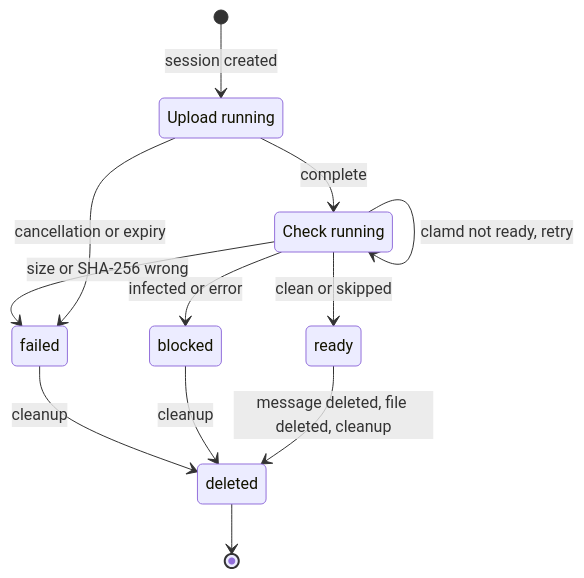
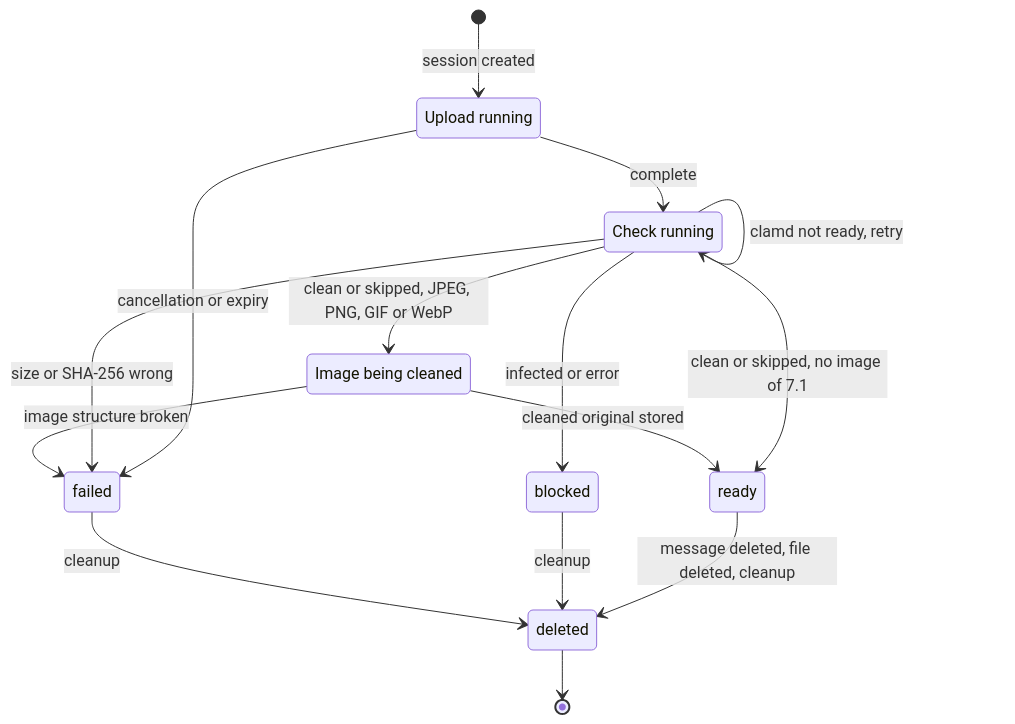
The first of 2 diagrams in docs/spec/12-files.md (mguttmann/bothy), drawn with Mermaid before and after one commit. The commit also changed other lines of this file and 81 other files, not shown here.

````diff
--- a/docs/spec/12-files.md
+++ b/docs/spec/12-files.md
@@ -50,20 +52,24 @@
 ```mermaid
 stateDiagram-v2
     state "Upload running" as uploading
     state "Check running" as checking
     state "ready" as ready
     state "blocked" as blocked
     state "failed" as failed
     state "deleted" as deleted
     [*] --> uploading: session created
     uploading --> failed: cancellation or expiry
     uploading --> checking: complete
     checking --> checking: clamd not ready, retry
     checking --> failed: size or SHA-256 wrong
-    checking --> ready: clean or skipped
+    state "Image being cleaned" as cleaning
+    checking --> ready: clean or skipped, no image of 7.1
+    checking --> cleaning: clean or skipped, JPEG, PNG, GIF or WebP
+    cleaning --> ready: cleaned original stored
+    cleaning --> failed: image structure broken
     checking --> blocked: infected or error
     ready --> deleted: message deleted, file deleted, cleanup
     blocked --> deleted: cleanup
     failed --> deleted: cleanup
     deleted --> [*]
 ```
````
